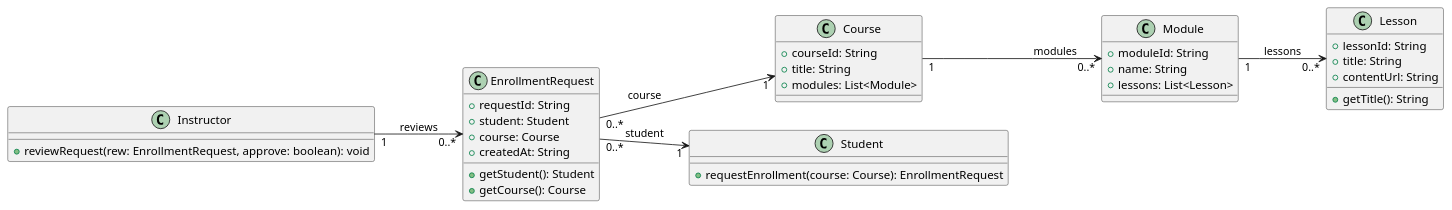
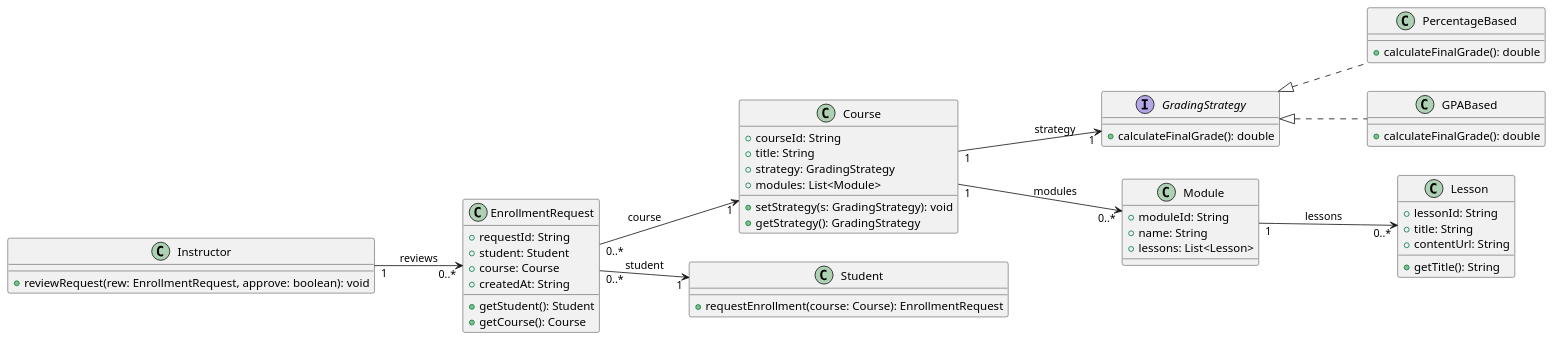
The diagram in class-diagram.puml (alex-temple/class_diagrams), drawn with PlantUML before and after one commit. The commit also changed 6 other files, not shown here.

Commit message:
added final grading methods

```diff
--- a/class-diagram.puml
+++ b/class-diagram.puml
@@ -1,45 +1,63 @@
 @startuml
 left to right direction
 
 class Course {
     +courseId: String
     +title: String
+    +strategy: GradingStrategy
     +modules: List<Module>
+    +setStrategy(s: GradingStrategy): void
+    +getStrategy(): GradingStrategy
+}
+
+interface GradingStrategy {
+    +calculateFinalGrade(): double
+}
+
+class PercentageBased {
+    +calculateFinalGrade(): double
+}
+
+class GPABased {
+    +calculateFinalGrade(): double
 }
 
 class Module {
     +moduleId: String
     +name: String
     +lessons: List<Lesson>
 }
 
 class Lesson {
     +lessonId: String
     +title: String
     +contentUrl: String
     +getTitle(): String
 }
 
 class Student {
     +requestEnrollment(course: Course): EnrollmentRequest
 }
 
 class Instructor {
     +reviewRequest(rew: EnrollmentRequest, approve: boolean): void
 }
 
 class EnrollmentRequest {
     +requestId: String
     +student: Student
     +course: Course
     +createdAt: String
     +getStudent(): Student
     +getCourse(): Course
 }
 
 Course "1" --> "0..*" Module : modules
+Course "1" --> "1" GradingStrategy : strategy
+GradingStrategy <|.. PercentageBased
+GradingStrategy <|.. GPABased
 Module "1" --> "0..*" Lesson : lessons
 EnrollmentRequest "0..*" --> "1" Student : student
 EnrollmentRequest "0..*" --> "1" Course : course
 Instructor "1" --> "0..*" EnrollmentRequest : reviews
 @enduml
```
